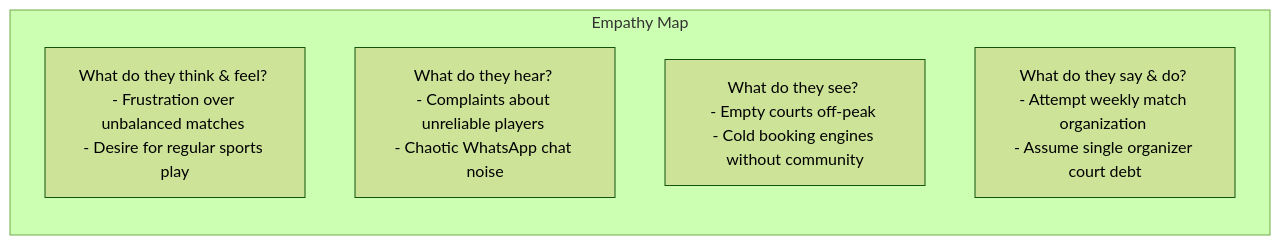
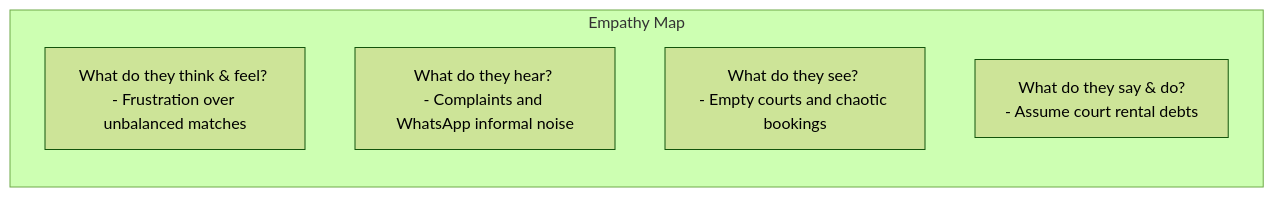
One commit to jojiz29/sportmatch-connect changed the third of 9 diagrams in TESIS_FINAL_SPORTMATCH_EN.md. Above: the diagram before and after it, drawn with Mermaid (forest theme). The commit also changed other lines of this file and 7 other files, not shown here.

````diff
--- a/TESIS_FINAL_SPORTMATCH_EN.md
+++ b/TESIS_FINAL_SPORTMATCH_EN.md
@@ -322,9 +207,9 @@
 ```mermaid
 graph LR
     subgraph Empathy Map
-        C1[What do they think & feel? <br>- Frustration over unbalanced matches <br>- Desire for regular sports play]
-        C2[What do they hear? <br>- Complaints about unreliable players <br>- Chaotic WhatsApp chat noise]
-        C3[What do they see? <br>- Empty courts off-peak <br>- Cold booking engines without community]
-        C4[What do they say & do? <br>- Attempt weekly match organization <br>- Assume single organizer court debt]
+        C1[What do they think & feel? <br>- Frustration over unbalanced matches]
+        C2[What do they hear? <br>- Complaints and WhatsApp informal noise]
+        C3[What do they see? <br>- Empty courts and chaotic bookings]
+        C4[What do they say & do? <br>- Assume court rental debts]
     end
 ```
````
